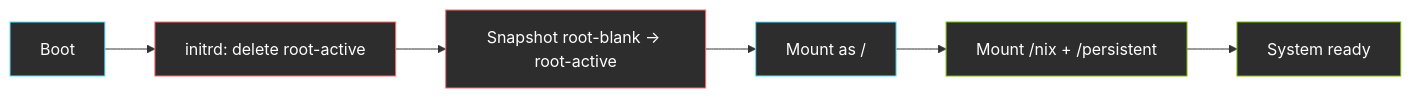
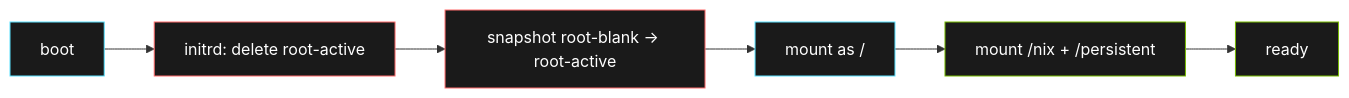
Before and after one commit to mvrozanti/mandragora: the diagram in README.md, drawn with Mermaid. The commit also changed other lines of this file and 1 other file, not shown here.

````diff
--- a/README.md
+++ b/README.md
@@ -57,15 +45,15 @@
 ```mermaid
 flowchart LR
-    A["Boot"] --> B["initrd: delete root-active"]
-    B --> C["Snapshot root-blank → root-active"]
-    C --> D["Mount as /"]
-    D --> E["Mount /nix + /persistent"]
-    E --> F["System ready"]
+    A["boot"] --> B["initrd: delete root-active"]
+    B --> C["snapshot root-blank → root-active"]
+    C --> D["mount as /"]
+    D --> E["mount /nix + /persistent"]
+    E --> F["ready"]
 
-    style A fill:#2d2d2d,stroke:#58E1FF,color:#fff
-    style B fill:#2d2d2d,stroke:#FF6B6B,color:#fff
-    style C fill:#2d2d2d,stroke:#FF6B6B,color:#fff
-    style D fill:#2d2d2d,stroke:#58E1FF,color:#fff
-    style E fill:#2d2d2d,stroke:#76B900,color:#fff
-    style F fill:#2d2d2d,stroke:#76B900,color:#fff
+    style A fill:#1a1a1a,stroke:#58E1FF,color:#fff
+    style B fill:#1a1a1a,stroke:#FF6B6B,color:#fff
+    style C fill:#1a1a1a,stroke:#FF6B6B,color:#fff
+    style D fill:#1a1a1a,stroke:#58E1FF,color:#fff
+    style E fill:#1a1a1a,stroke:#76B900,color:#fff
+    style F fill:#1a1a1a,stroke:#76B900,color:#fff
 ```
````
